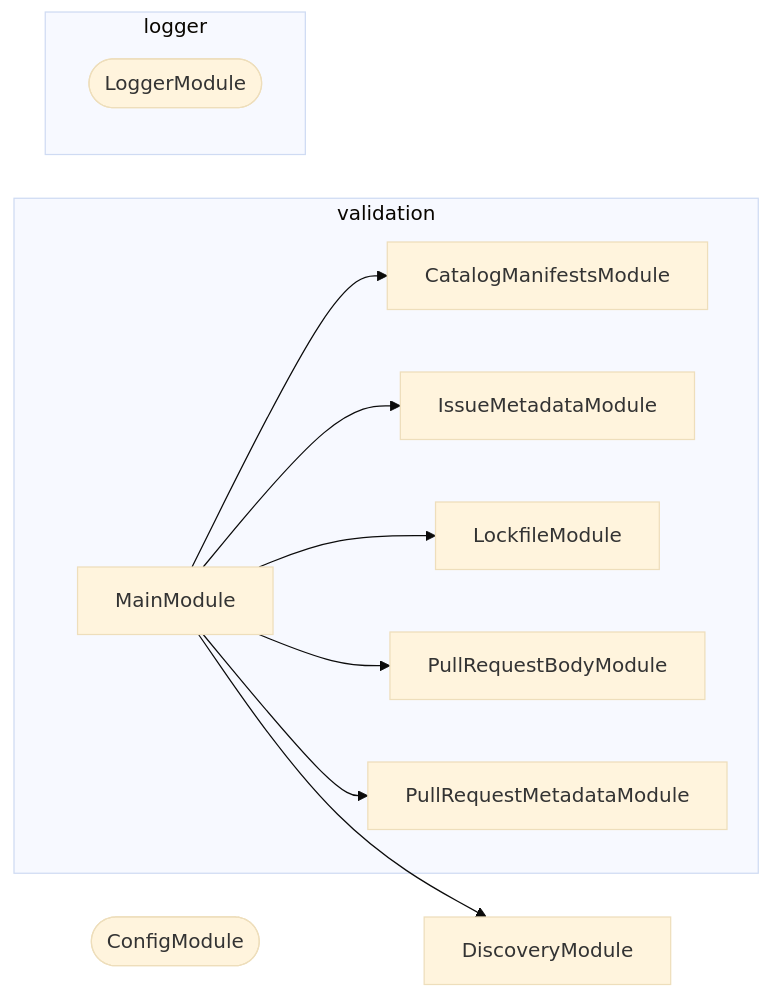
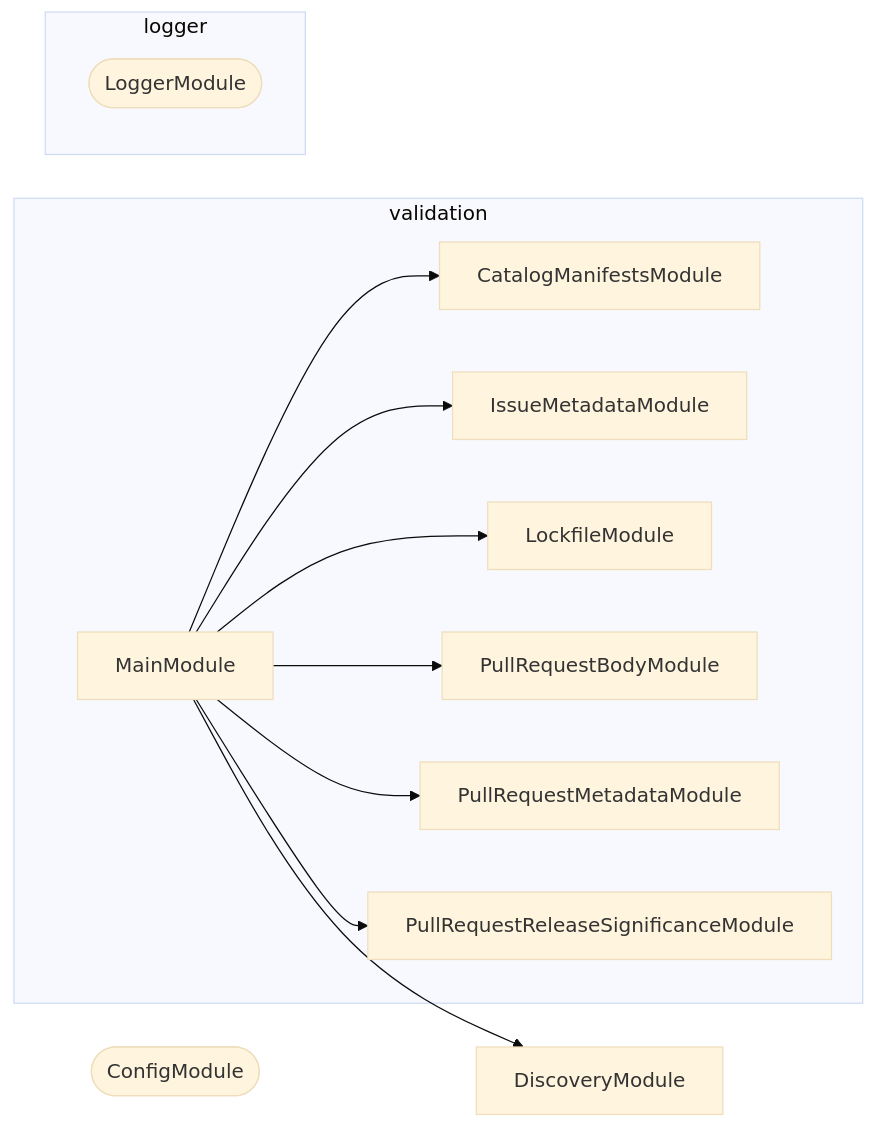
One commit to JimmyPaolini/codebase changed the diagram in tools/validation/AGENTS.md. Above: the diagram before and after it, drawn with Mermaid (base theme). The commit also changed 4 other files, not shown here.

````diff
--- a/tools/validation/AGENTS.md
+++ b/tools/validation/AGENTS.md
@@ -86,22 +86,24 @@
 ```mermaid
 flowchart LR
   subgraph group0["validation"]
     CatalogManifestsModule
     IssueMetadataModule
     LockfileModule
     MainModule
     PullRequestBodyModule
     PullRequestMetadataModule
+    PullRequestReleaseSignificanceModule
   end
   subgraph group1["logger"]
     LoggerModule([LoggerModule])
   end
   ConfigModule([ConfigModule])
   DiscoveryModule
   MainModule --> CatalogManifestsModule
   MainModule --> DiscoveryModule
   MainModule --> IssueMetadataModule
   MainModule --> LockfileModule
   MainModule --> PullRequestBodyModule
   MainModule --> PullRequestMetadataModule
+  MainModule --> PullRequestReleaseSignificanceModule
 ```
````
